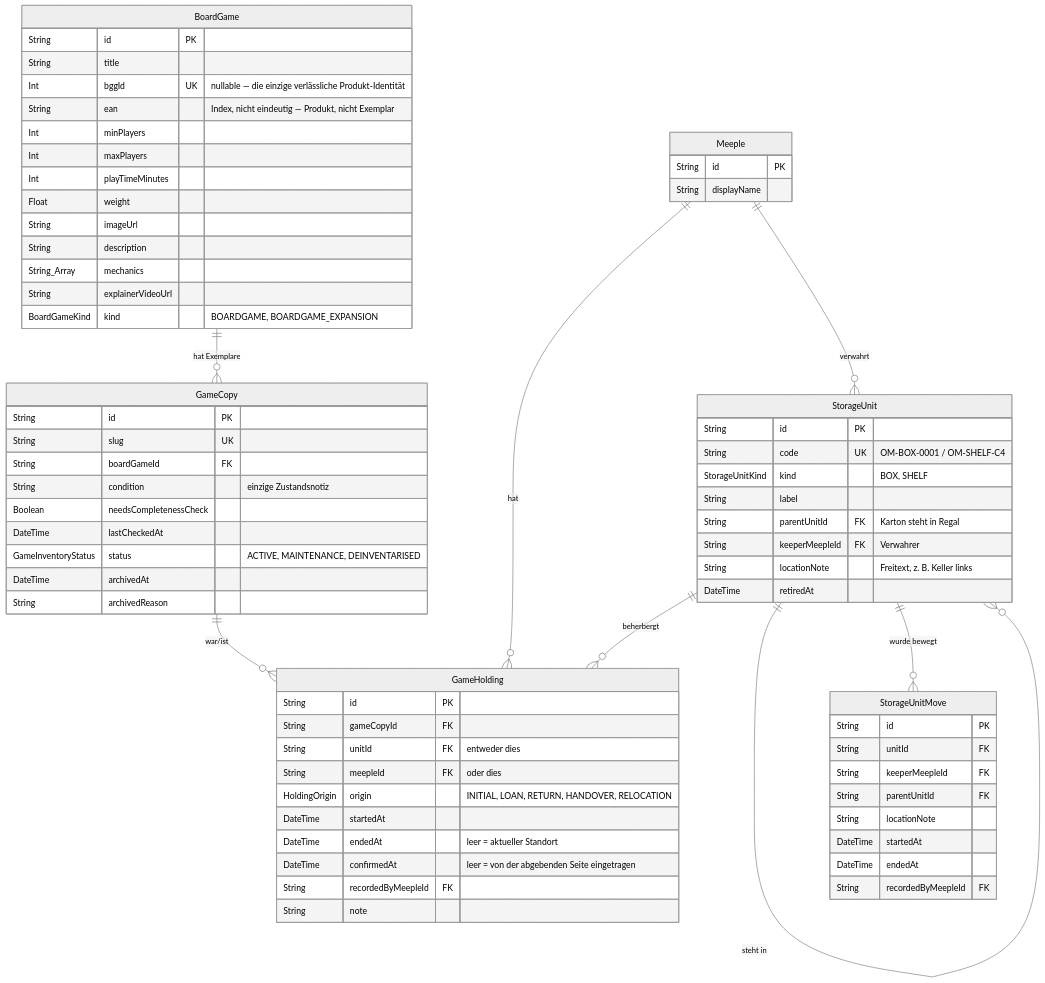
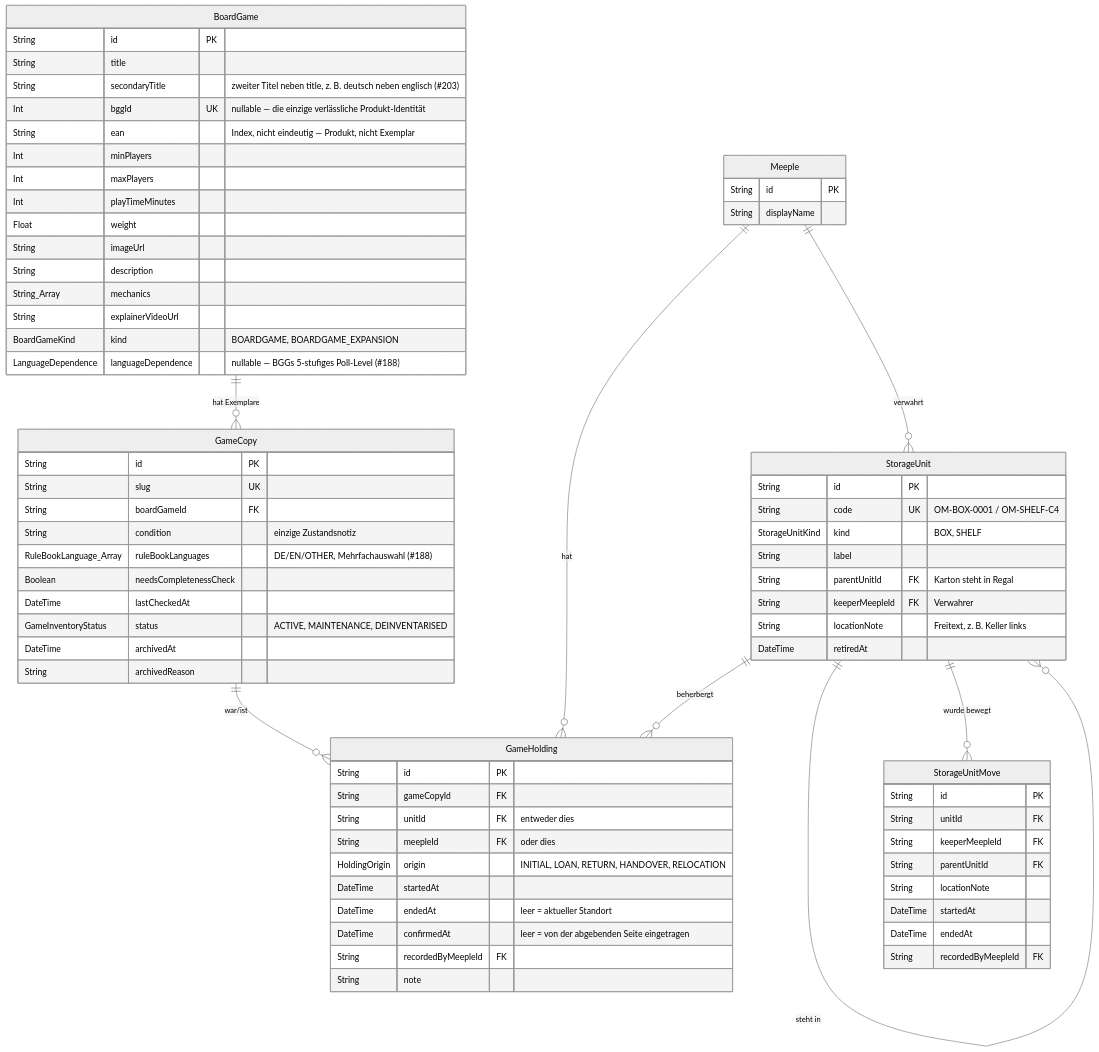
One commit to oecher-meeples/portal changed the fourth of 5 diagrams in docs/schema.md. Above: the diagram before and after it, drawn with Mermaid (neutral theme). The commit also changed other lines of this file and 50 other files, not shown here.

First line of the commit message:
feat(ludothek): capture language dependence and per-copy rulebook languages

````diff
--- a/docs/schema.md
+++ b/docs/schema.md
@@ -215,78 +221,81 @@
 ```mermaid
 erDiagram
     BoardGame {
         String id PK
         String title
+        String secondaryTitle "zweiter Titel neben title, z. B. deutsch neben englisch (#203)"
         Int bggId UK "nullable — die einzige verlässliche Produkt-Identität"
         String ean "Index, nicht eindeutig — Produkt, nicht Exemplar"
         Int minPlayers
         Int maxPlayers
         Int playTimeMinutes
         Float weight
         String imageUrl
         String description
         String_Array mechanics
         String explainerVideoUrl
         BoardGameKind kind "BOARDGAME, BOARDGAME_EXPANSION"
+        LanguageDependence languageDependence "nullable — BGGs 5-stufiges Poll-Level (#188)"
     }
 
     GameCopy {
         String id PK
         String slug UK
         String boardGameId FK
         String condition "einzige Zustandsnotiz"
+        RuleBookLanguage_Array ruleBookLanguages "DE/EN/OTHER, Mehrfachauswahl (#188)"
         Boolean needsCompletenessCheck
         DateTime lastCheckedAt
         GameInventoryStatus status "ACTIVE, MAINTENANCE, DEINVENTARISED"
         DateTime archivedAt
         String archivedReason
     }
 
     StorageUnit {
         String id PK
         String code UK "OM-BOX-0001 / OM-SHELF-C4"
         StorageUnitKind kind "BOX, SHELF"
         String label
         String parentUnitId FK "Karton steht in Regal"
         String keeperMeepleId FK "Verwahrer"
         String locationNote "Freitext, z. B. Keller links"
         DateTime retiredAt
     }
 
     StorageUnitMove {
         String id PK
         String unitId FK
         String keeperMeepleId FK
         String parentUnitId FK
         String locationNote
         DateTime startedAt
         DateTime endedAt
         String recordedByMeepleId FK
     }
 
     GameHolding {
         String id PK
         String gameCopyId FK
         String unitId FK "entweder dies"
         String meepleId FK "oder dies"
         HoldingOrigin origin "INITIAL, LOAN, RETURN, HANDOVER, RELOCATION"
         DateTime startedAt
         DateTime endedAt "leer = aktueller Standort"
         DateTime confirmedAt "leer = von der abgebenden Seite eingetragen"
         String recordedByMeepleId FK
         String note
     }
 
     Meeple {
         String id PK
         String displayName
     }
 
     BoardGame ||--o{ GameCopy : "hat Exemplare"
     GameCopy ||--o{ GameHolding : "war/ist"
     StorageUnit ||--o{ GameHolding : "beherbergt"
     Meeple ||--o{ GameHolding : "hat"
     StorageUnit ||--o{ StorageUnit : "steht in"
     Meeple ||--o{ StorageUnit : "verwahrt"
     StorageUnit ||--o{ StorageUnitMove : "wurde bewegt"
 ```
````
